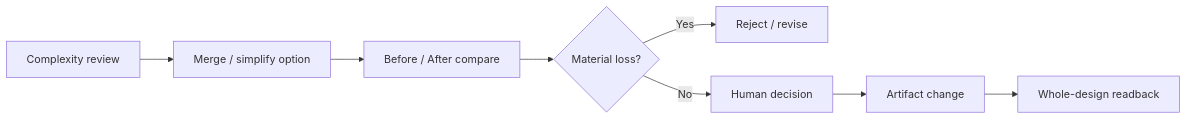
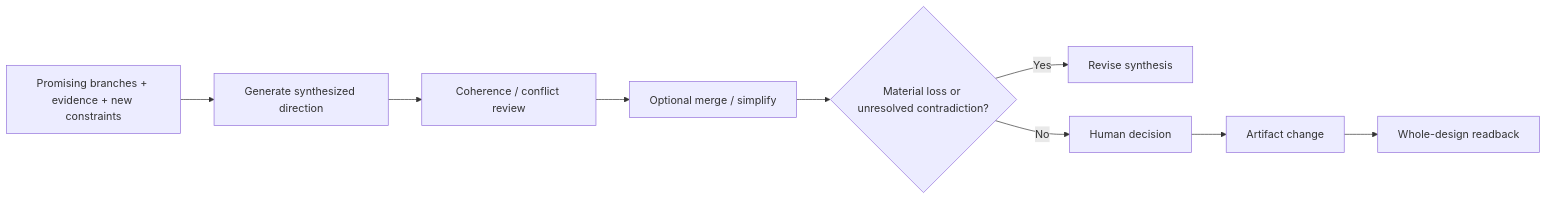
The second of 3 diagrams in product-docs/v0.3/nodes/N03C_SYNTHESIZE.md (Jiaosong/Design), drawn with Mermaid before and after one commit. The commit also changed other lines of this file and 71 other files, not shown here.

````diff
--- a/product-docs/v0.3/nodes/N03C_SYNTHESIZE.md
+++ b/product-docs/v0.3/nodes/N03C_SYNTHESIZE.md
@@ -44,10 +49,11 @@
 ```mermaid
 flowchart LR
-    C[Complexity review] --> O[Merge / simplify option]
-    O --> B[Before / After compare]
-    B --> L{Material loss?}
-    L -- Yes --> X[Reject / revise]
+    B[Promising branches + evidence + new constraints] --> S[Generate synthesized direction]
+    S --> C[Coherence / conflict review]
+    C --> O[Optional merge / simplify]
+    O --> L{Material loss or unresolved contradiction?}
+    L -- Yes --> X[Revise synthesis]
     L -- No --> H[Human decision]
     H --> A[Artifact change]
     A --> R[Whole-design readback]
 ```
````
